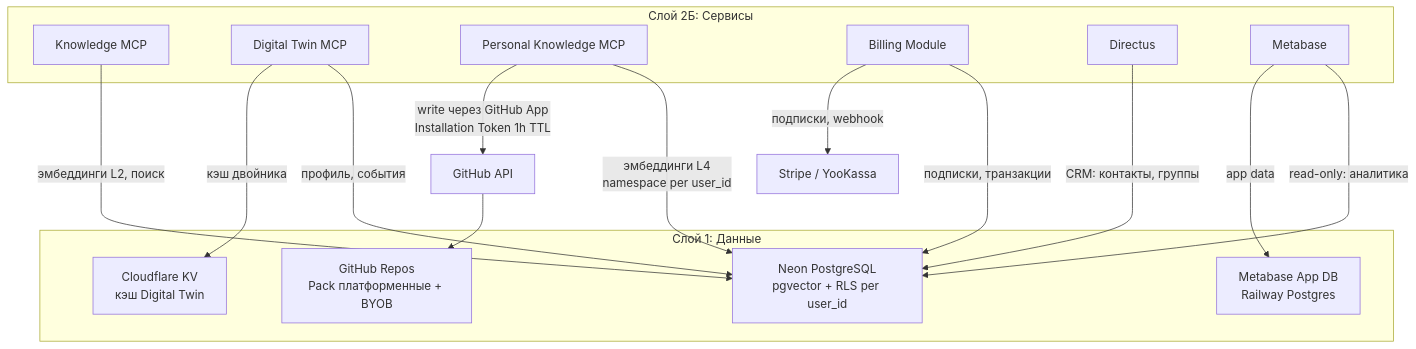
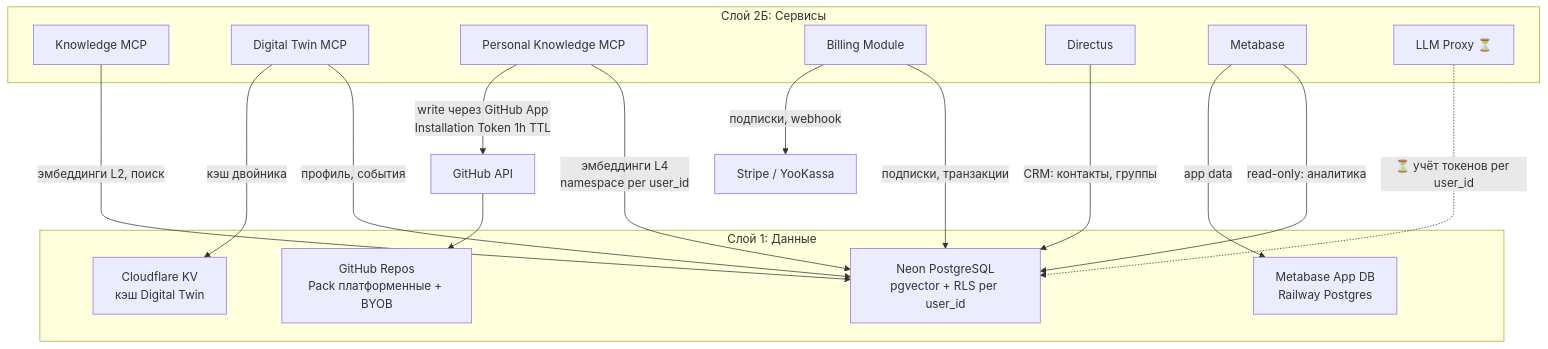
The fifth of 5 diagrams in C.IT-Platform/C2.IT-Platform/C2.2.Architecture/Stack-and-Infrastructure/c4-platform.md (TserenTserenov/DS-ecosystem-development), drawn with Mermaid before and after one commit. The commit also changed other lines of this file, not shown here.

First line of the commit message:
feat: WP-158 — LLM Proxy и серверные агенты пунктиром на C4

````diff
--- a/C.IT-Platform/C2.IT-Platform/C2.2.Architecture/Stack-and-Infrastructure/c4-platform.md
+++ b/C.IT-Platform/C2.IT-Platform/C2.2.Architecture/Stack-and-Infrastructure/c4-platform.md
@@ -240,35 +256,37 @@
 ```mermaid
 flowchart TB
     subgraph services ["Слой 2Б: Сервисы"]
         knowledge["Knowledge MCP"]
         dt["Digital Twin MCP"]
         personal["Personal Knowledge MCP"]
         billing["Billing Module"]
         directus["Directus"]
         metabase["Metabase"]
+        llm_proxy["LLM Proxy ⏳"]
     end
 
     subgraph data ["Слой 1: Данные"]
         neon["Neon PostgreSQL\npgvector + RLS per user_id"]
         kv["Cloudflare KV\nкэш Digital Twin"]
         repos["GitHub Repos\nPack платформенные + BYOB"]
         metabase_db["Metabase App DB\nRailway Postgres"]
     end
 
     github_api["GitHub API"]
     payments["Stripe / YooKassa"]
 
     knowledge -- "эмбеддинги L2, поиск" --> neon
     dt -- "профиль, события" --> neon
     dt -- "кэш двойника" --> kv
     personal -- "эмбеддинги L4\nnamespace per user_id" --> neon
     billing -- "подписки, транзакции" --> neon
     directus -- "CRM: контакты, группы" --> neon
     metabase -- "read-only: аналитика" --> neon
     metabase -- "app data" --> metabase_db
 
     personal -- "write через GitHub App\nInstallation Token 1h TTL" --> github_api
     github_api --> repos
 
+    llm_proxy -. "⏳ учёт токенов per user_id" .-> neon
     billing -- "подписки, webhook" --> payments
 ```
````
